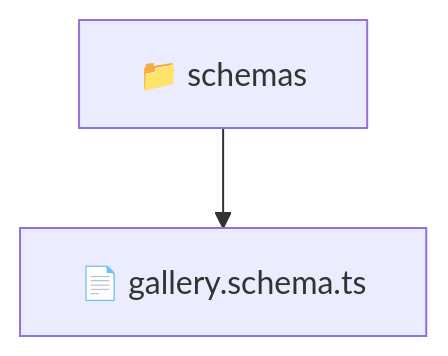
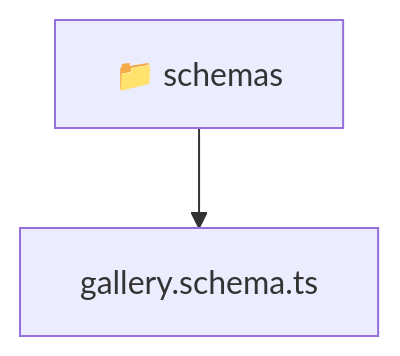
The diagram in backend/src/modules/gallery/infrastructure/schemas/README.md (beginwebdev2002/fullstack-mavluda), drawn with Mermaid before and after one commit. The commit also changed other lines of this file and 167 other files, not shown here.

````diff
--- a/backend/src/modules/gallery/infrastructure/schemas/README.md
+++ b/backend/src/modules/gallery/infrastructure/schemas/README.md
@@ -9,5 +9,6 @@
 ```mermaid
 graph TD
-  Root["📁 schemas"]
-  Root --> gallery_schema_ts["📄 gallery.schema.ts"]
+  Root_schemas["📁 schemas"]
+  f_gallery_schema_ts["gallery.schema.ts"]
+  Root_schemas --> f_gallery_schema_ts
 ```
````
